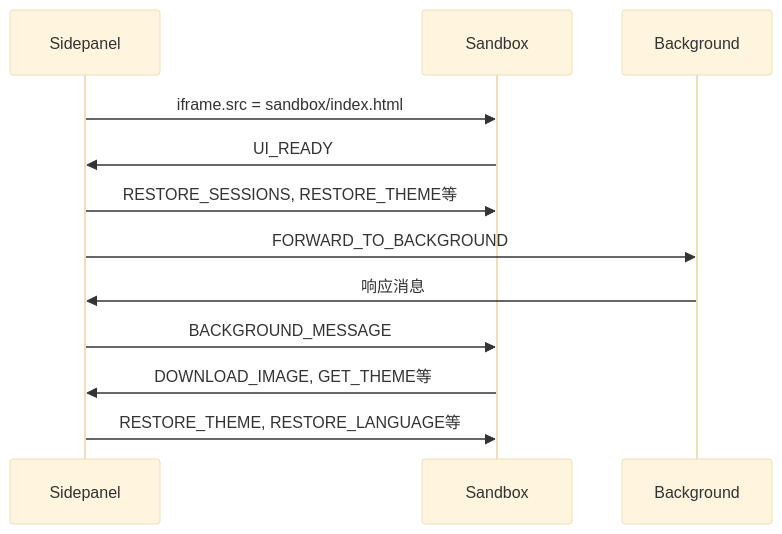
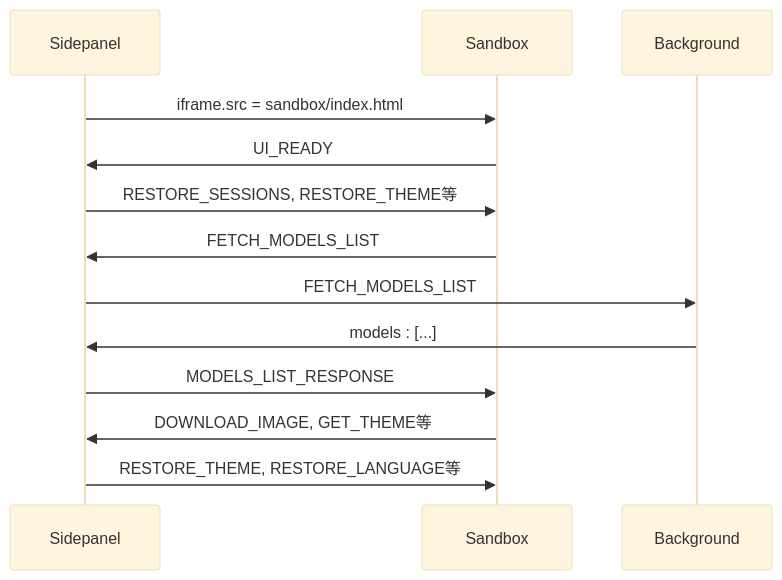
The fourth of 7 diagrams in .qoder/repowiki/zh/content/架构设计/整体架构/Sidepanel侧边栏界面.md (SEVENTEEN-TAN/gemini-nexus), drawn with Mermaid (base theme) before and after one commit. The commit also changed other lines of this file and 16 other files, not shown here.

````diff
--- a/.qoder/repowiki/zh/content/架构设计/整体架构/Sidepanel侧边栏界面.md
+++ b/.qoder/repowiki/zh/content/架构设计/整体架构/Sidepanel侧边栏界面.md
@@ -142,14 +156,15 @@
 ```mermaid
 sequenceDiagram
 participant Sidepanel
 participant Sandbox
 participant Background
 Sidepanel->>Sandbox : iframe.src = sandbox/index.html
 Sandbox->>Sidepanel : UI_READY
 Sidepanel->>Sandbox : RESTORE_SESSIONS, RESTORE_THEME等
-Sidepanel->>Background : FORWARD_TO_BACKGROUND
-Background->>Sidepanel : 响应消息
-Sidepanel->>Sandbox : BACKGROUND_MESSAGE
+Sandbox->>Sidepanel : FETCH_MODELS_LIST
+Sidepanel->>Background : FETCH_MODELS_LIST
+Background->>Sidepanel : models : [...]
+Sidepanel->>Sandbox : MODELS_LIST_RESPONSE
 Sandbox->>Sidepanel : DOWNLOAD_IMAGE, GET_THEME等
 Sidepanel->>Sandbox : RESTORE_THEME, RESTORE_LANGUAGE等
 ```
````
